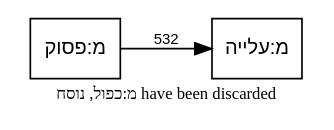
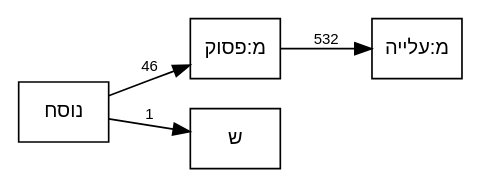
Before and after one commit to bdenckla/MAM-basics: the diagram in out/tmpl-survey-plus/plus-call-graph-d.dot, drawn with Graphviz. The commit also changed 6 other files, not shown here.

```diff
--- a/out/tmpl-survey-plus/plus-call-graph-d.dot
+++ b/out/tmpl-survey-plus/plus-call-graph-d.dot
@@ -1,17 +1,16 @@
 // This file was generated by MAM-basics/py/main_tmpl_survey.py.
 // Do not edit by hand.
 digraph template_call_graph {
     rankdir=LR;
     node [fontname="SBL Hebrew,Helvetica", fontsize=12];
     edge [fontname="Helvetica", fontsize=9];
     graph [comment="This file was generated by MAM-basics/py/main_tmpl_survey.py."];
 
     // Template nodes
     node [shape=box, style=""];
 
-    // Note
-    graph [label="מ:כפול, נוסח have been discarded", labelloc=b, fontsize=10];
-
     // Edges
     "מ:פסוק" -> "מ:עלייה" [label="532"];
+    "נוסח" -> "מ:פסוק" [label="46"];
+    "נוסח" -> "ש" [label="1"];
 }
```
